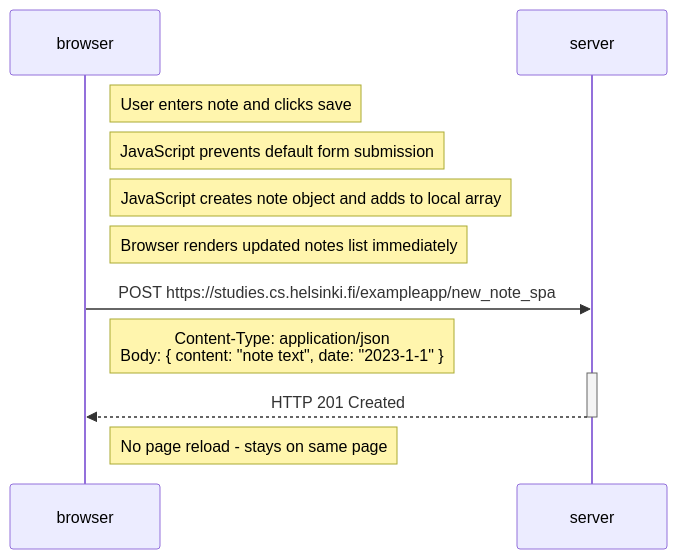
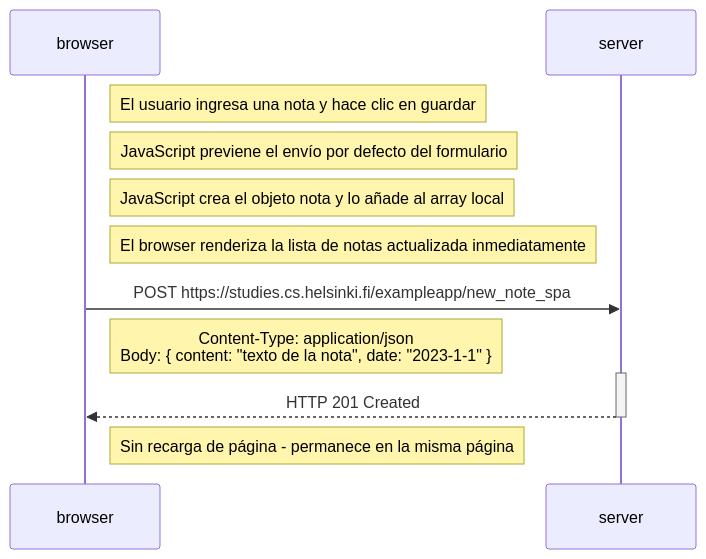
Before and after one commit to pgroba23/fullstackopen: the diagram in part0/exercise0.6.md, drawn with Mermaid. The commit also changed other lines of this file and 2 other files, not shown here.

Commit message:
Actualizar ejercicios 0.4-0.6 al castellano

````diff
--- a/part0/exercise0.6.md
+++ b/part0/exercise0.6.md
@@ -3,21 +3,21 @@
 ```mermaid
 sequenceDiagram
     participant browser
     participant server
 
-    Note right of browser: User enters note and clicks save
+    Note right of browser: El usuario ingresa una nota y hace clic en guardar
 
-    Note right of browser: JavaScript prevents default form submission
+    Note right of browser: JavaScript previene el envío por defecto del formulario
 
-    Note right of browser: JavaScript creates note object and adds to local array
+    Note right of browser: JavaScript crea el objeto nota y lo añade al array local
 
-    Note right of browser: Browser renders updated notes list immediately
+    Note right of browser: El browser renderiza la lista de notas actualizada inmediatamente
 
     browser->>server: POST https://studies.cs.helsinki.fi/exampleapp/new_note_spa
-    Note right of browser: Content-Type: application/json<br/>Body: { content: "note text", date: "2023-1-1" }
+    Note right of browser: Content-Type: application/json<br/>Body: { content: "texto de la nota", date: "2023-1-1" }
     activate server
     server-->>browser: HTTP 201 Created
     deactivate server
 
-    Note right of browser: No page reload - stays on same page
+    Note right of browser: Sin recarga de página - permanece en la misma página
 ```
````
